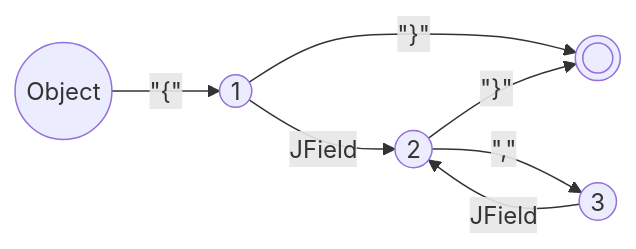
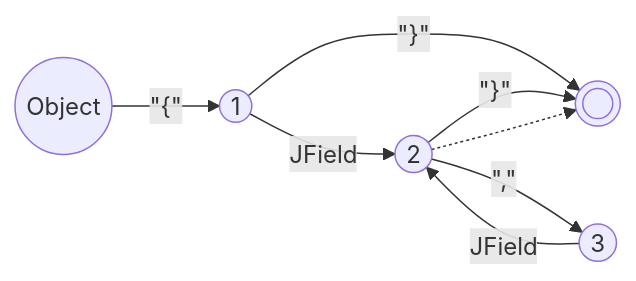
Before and after one commit to vczh-websites/vczh: the second of 2 diagrams in Blog/GLR-Refactoring/Mermaid.md, drawn with Mermaid. The commit also changed other lines of this file, not shown here.

````diff
--- a/Blog/GLR-Refactoring/Mermaid.md
+++ b/Blog/GLR-Refactoring/Mermaid.md
@@ -20,9 +22,10 @@
 ```mermaid
 graph LR
   S((Object))-- #quot;{#quot; -->1
   1((1))-- #quot;}#quot; -->E((( )))
   1-- JField -->2
   2((2))-- #quot;}#quot; -->E
   2-- #quot;,#quot; -->3
   3((3))-- JField -->2
+  2-.->E((( )))
 ```
````
